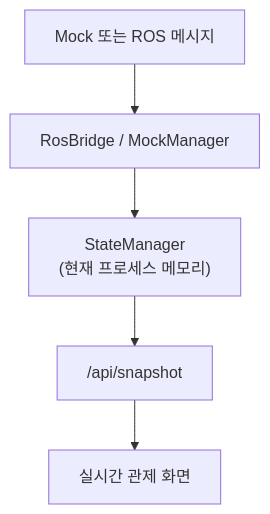
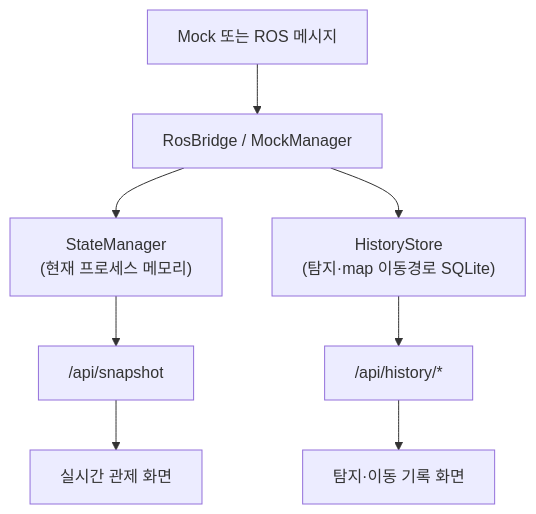
One commit to jiwan1230/2026_ROKEY_4_UnderGuard changed the diagram in Sysmon/README.md. Above: the diagram before and after it, drawn with Mermaid. The commit also changed other lines of this file and 24 other files, not shown here.

````diff
--- a/Sysmon/README.md
+++ b/Sysmon/README.md
@@ -31,7 +76,10 @@
 ```mermaid
 flowchart TD
     A[Mock 또는 ROS 메시지] --> B["RosBridge / MockManager"]
     B --> C["StateManager<br/>(현재 프로세스 메모리)"]
     C --> D["/api/snapshot"]
     D --> E[실시간 관제 화면]
+    B --> F["HistoryStore<br/>(탐지·map 이동경로 SQLite)"]
+    F --> G["/api/history/*"]
+    G --> H[탐지·이동 기록 화면]
 ```
````
